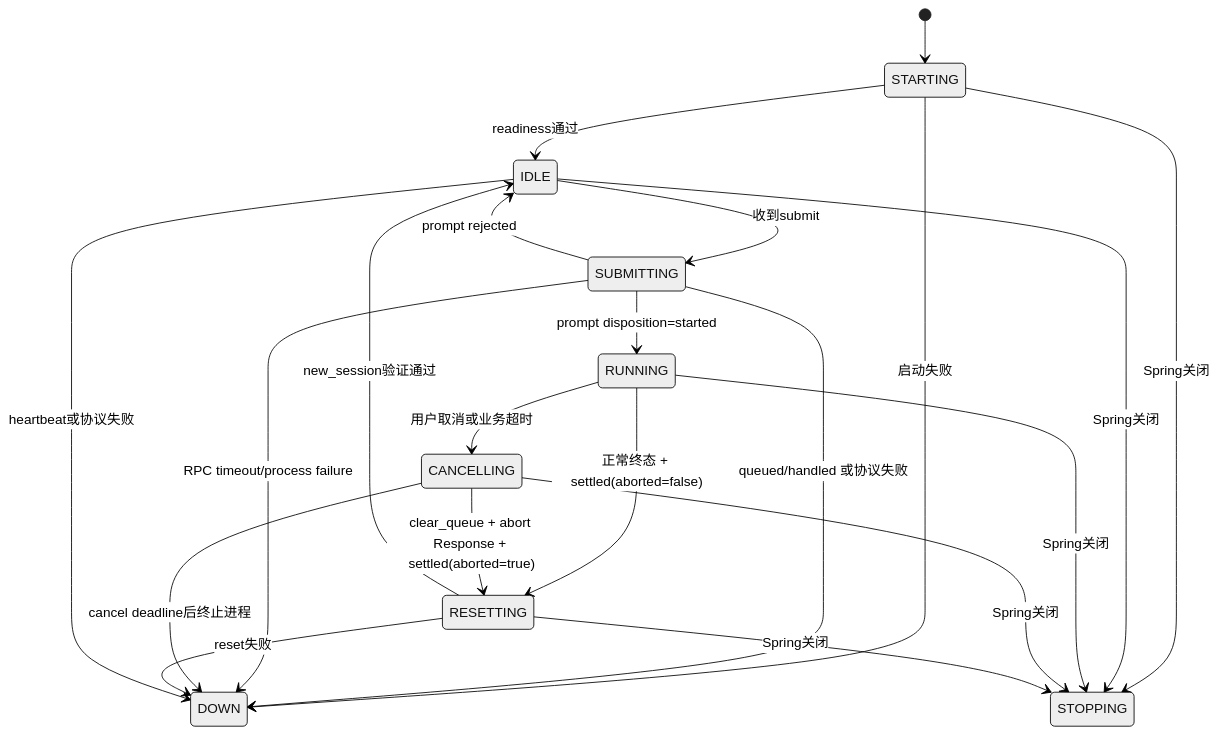
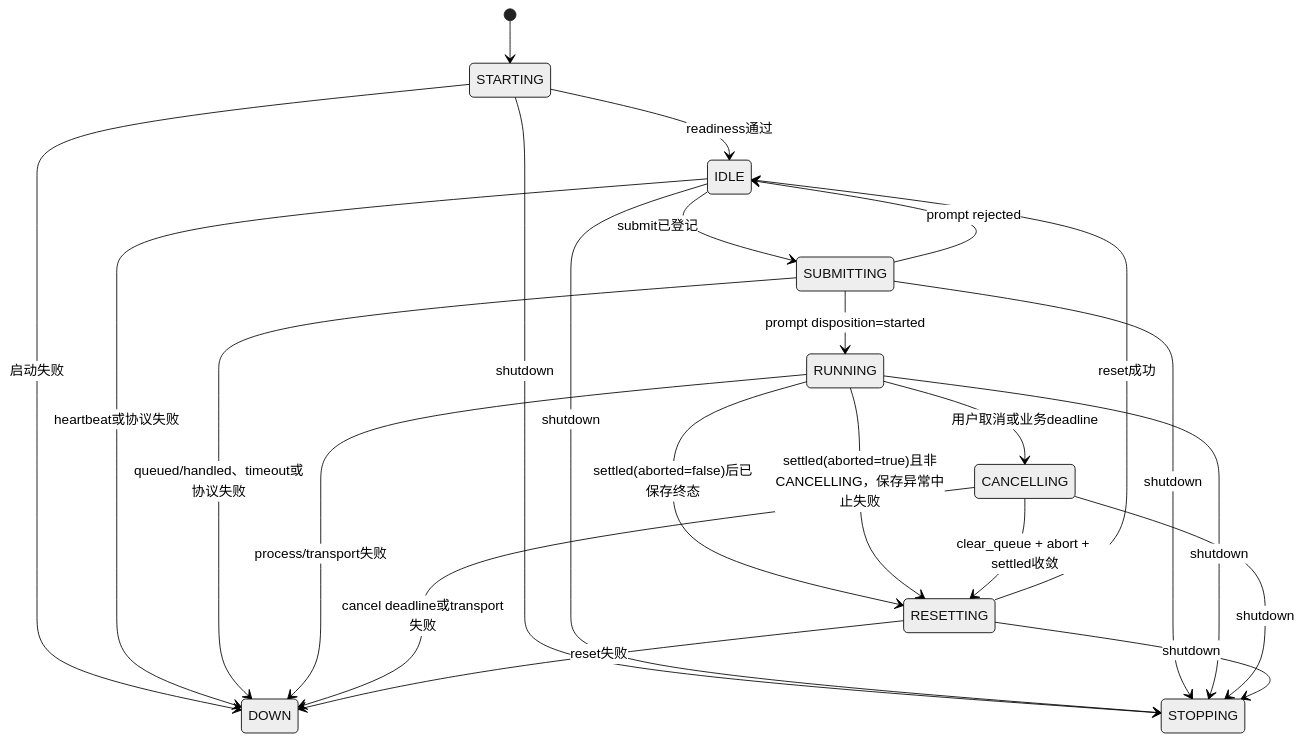
The second of 2 diagrams in docs/plans/spring-boot-pi-order-assistant-design.md (small-xiexu/pi-study), drawn with Mermaid (neutral theme) before and after one commit. The commit also changed other lines of this file and 1 other file, not shown here.

````diff
--- a/docs/plans/spring-boot-pi-order-assistant-design.md
+++ b/docs/plans/spring-boot-pi-order-assistant-design.md
@@ -603,23 +847,25 @@
 ```mermaid
 stateDiagram-v2
     [*] --> STARTING
     STARTING --> IDLE: readiness通过
     STARTING --> DOWN: 启动失败
-    IDLE --> SUBMITTING: 收到submit
+    STARTING --> STOPPING: shutdown
+    IDLE --> SUBMITTING: submit已登记
+    IDLE --> DOWN: heartbeat或协议失败
+    IDLE --> STOPPING: shutdown
     SUBMITTING --> RUNNING: prompt disposition=started
     SUBMITTING --> IDLE: prompt rejected
-    SUBMITTING --> DOWN: queued/handled 或协议失败
-    SUBMITTING --> DOWN: RPC timeout/process failure
-    RUNNING --> CANCELLING: 用户取消或业务超时
-    RUNNING --> RESETTING: 正常终态 + settled(aborted=false)
-    CANCELLING --> RESETTING: clear_queue + abort Response + settled(aborted=true)
-    CANCELLING --> DOWN: cancel deadline后终止进程
-    RESETTING --> IDLE: new_session验证通过
+    SUBMITTING --> DOWN: queued/handled、timeout或协议失败
+    SUBMITTING --> STOPPING: shutdown
+    RUNNING --> CANCELLING: 用户取消或业务deadline
+    RUNNING --> RESETTING: settled(aborted=false)后已保存终态
+    RUNNING --> RESETTING: settled(aborted=true)且非CANCELLING，保存异常中止失败
+    RUNNING --> DOWN: process/transport失败
+    RUNNING --> STOPPING: shutdown
+    CANCELLING --> RESETTING: clear_queue + abort + settled收敛
+    CANCELLING --> DOWN: cancel deadline或transport失败
+    CANCELLING --> STOPPING: shutdown
+    RESETTING --> IDLE: reset成功
     RESETTING --> DOWN: reset失败
-    IDLE --> DOWN: heartbeat或协议失败
-    STARTING --> STOPPING: Spring关闭
-    IDLE --> STOPPING: Spring关闭
-    RUNNING --> STOPPING: Spring关闭
-    CANCELLING --> STOPPING: Spring关闭
-    RESETTING --> STOPPING: Spring关闭
+    RESETTING --> STOPPING: shutdown
 ```
````
